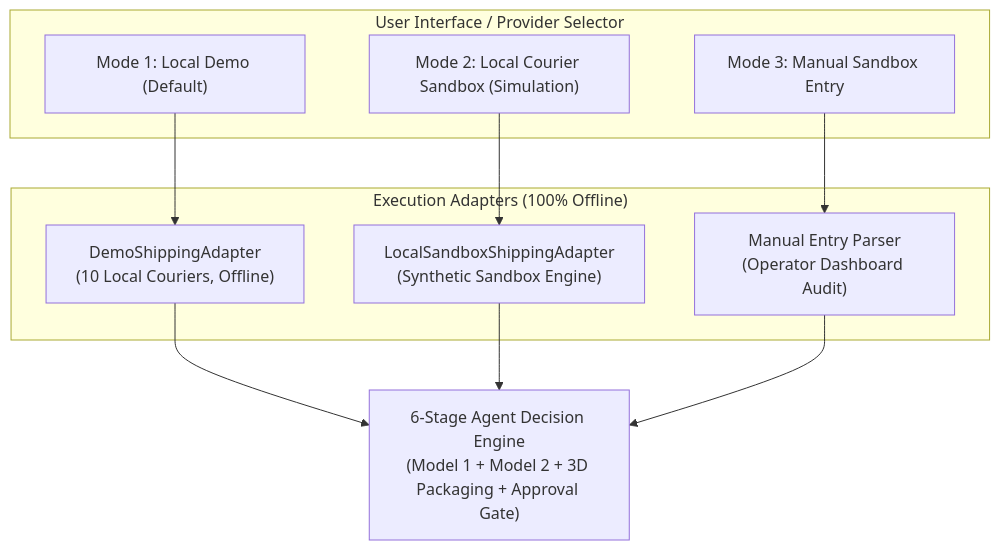
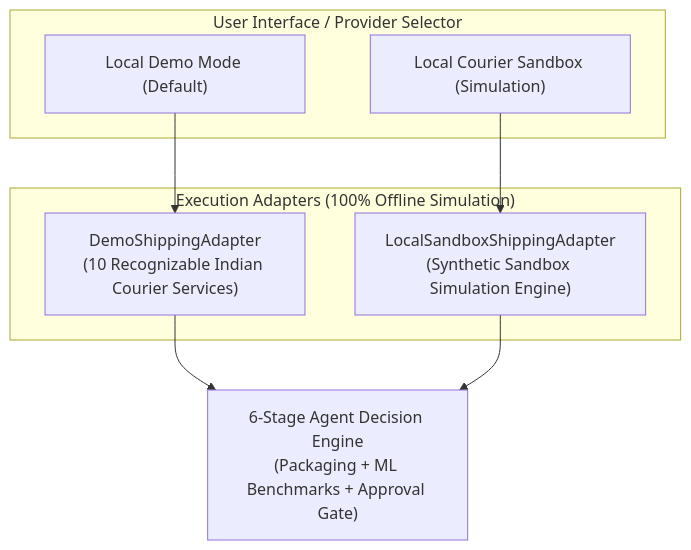
One commit to Thirumugilathavan/adaptive-shipping-agent changed the fourth of 4 diagrams in README.md. Above: the diagram before and after it, drawn with Mermaid. The commit also changed other lines of this file and 7 other files, not shown here.

````diff
--- a/README.md
+++ b/README.md
@@ -54,22 +160,18 @@
 ```mermaid
 flowchart TD
     subgraph UI ["User Interface / Provider Selector"]
-        M1["Mode 1: Local Demo (Default)"]
-        M2["Mode 2: Local Courier Sandbox (Simulation)"]
-        M3["Mode 3: Manual Sandbox Entry"]
+        M1["Local Demo Mode (Default)"]
+        M2["Local Courier Sandbox (Simulation)"]
     end
 
-    subgraph Adapters ["Execution Adapters (100% Offline)"]
-        DA["DemoShippingAdapter<br/>(10 Local Couriers, Offline)"]
-        LSA["LocalSandboxShippingAdapter<br/>(Synthetic Sandbox Engine)"]
-        MSA["Manual Entry Parser<br/>(Operator Dashboard Audit)"]
+    subgraph Adapters ["Execution Adapters (100% Offline Simulation)"]
+        DA["DemoShippingAdapter<br/>(10 Recognizable Indian Courier Services)"]
+        LSA["LocalSandboxShippingAdapter<br/>(Synthetic Sandbox Simulation Engine)"]
     end
 
     M1 --> DA
     M2 --> LSA
-    M3 --> MSA
 
-    DA --> ENG["6-Stage Agent Decision Engine<br/>(Model 1 + Model 2 + 3D Packaging + Approval Gate)"]
+    DA --> ENG["6-Stage Agent Decision Engine<br/>(Packaging + ML Benchmarks + Approval Gate)"]
     LSA --> ENG
-    MSA --> ENG
 ```
````
